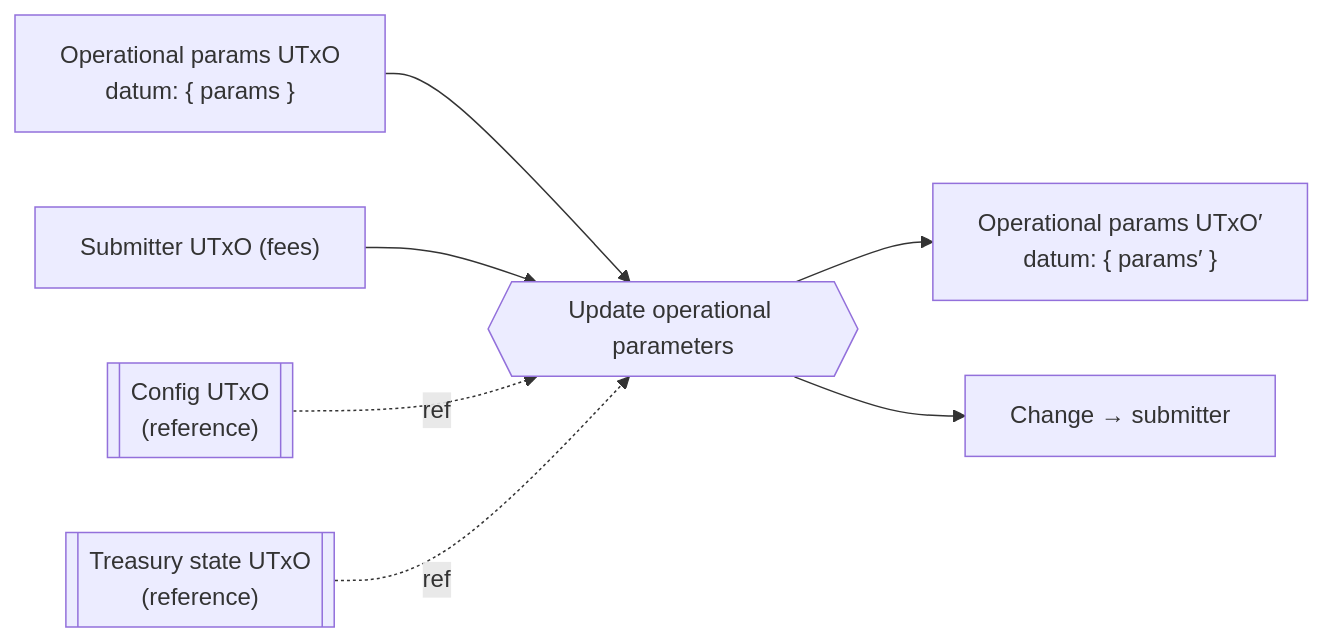
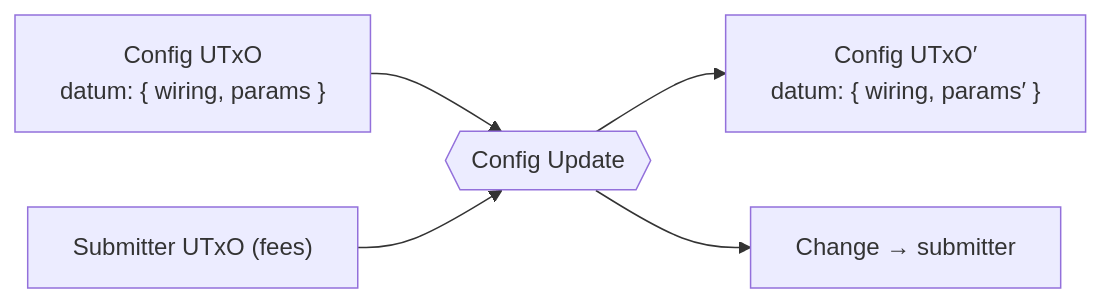
One commit to rssh/ft-bifrost-bridge changed diagram 18 of 19 in documentation/technical_documentation.md. Above: the diagram before and after it, drawn with Mermaid. The commit also changed other lines of this file, not shown here.

First line of the commit message:
docs(spec): merge the operational parameters into the Config

````diff
--- a/documentation/technical_documentation.md
+++ b/documentation/technical_documentation.md
@@ -2022,9 +2025,7 @@
 ```mermaid
 flowchart LR
-  par["Operational params UTxO<br/>datum: { params }"] --> tx{{"Update operational parameters"}}
+  cfg["Config UTxO<br/>datum: { wiring, params }"] --> tx{{"Config Update"}}
   sub["Submitter UTxO (fees)"] --> tx
-  cfg_ref[["Config UTxO<br/>(reference)"]] -. ref .-> tx
-  tres[["Treasury state UTxO<br/>(reference)"]] -. ref .-> tx
-  tx --> par2["Operational params UTxO′<br/>datum: { params′ }"]
+  tx --> cfg2["Config UTxO′<br/>datum: { wiring, params′ }"]
   tx --> change["Change → submitter"]
 ```
````
